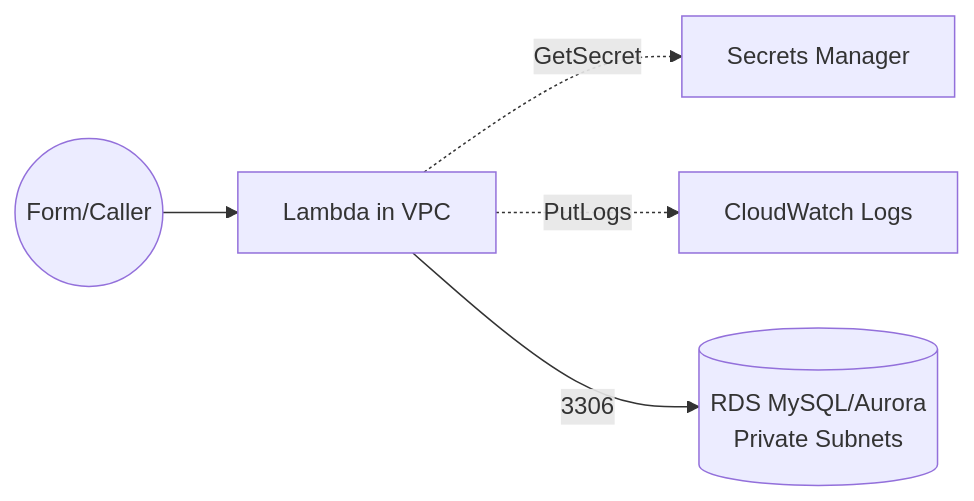
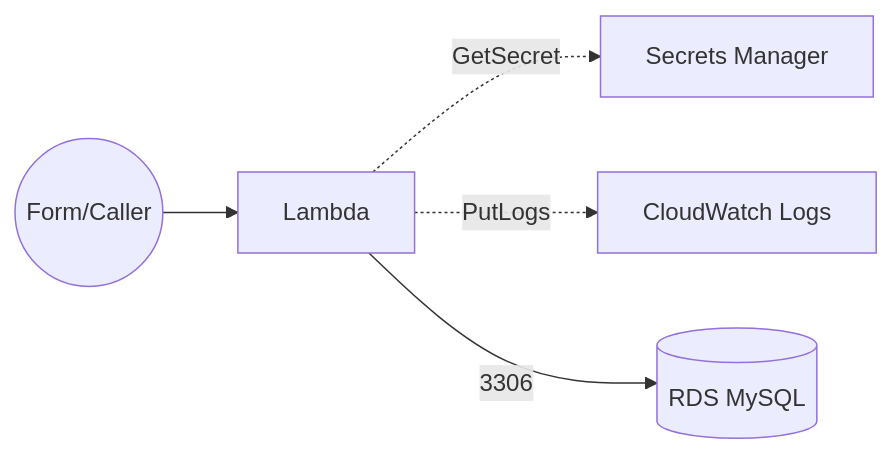
Before and after one commit to kyle4410/cdk-handson-20251031: the diagram in task3/README.md, drawn with Mermaid. The commit also changed other lines of this file and 1 other file, not shown here.

````diff
--- a/task3/README.md
+++ b/task3/README.md
@@ -20,7 +19,7 @@
 ```mermaid
 flowchart LR
-  Client((Form/Caller)) --> Lmb[Lambda in VPC]
+  Client((Form/Caller)) --> Lmb[Lambda]
   Lmb -.->|GetSecret| SM[Secrets Manager]
   Lmb -.->|PutLogs| CWL[CloudWatch Logs]
-  Lmb -->|3306| RDS[(RDS MySQL/Aurora\nPrivate Subnets)]
+  Lmb -->|3306| RDS[(RDS MySQL)]
 ```
````
